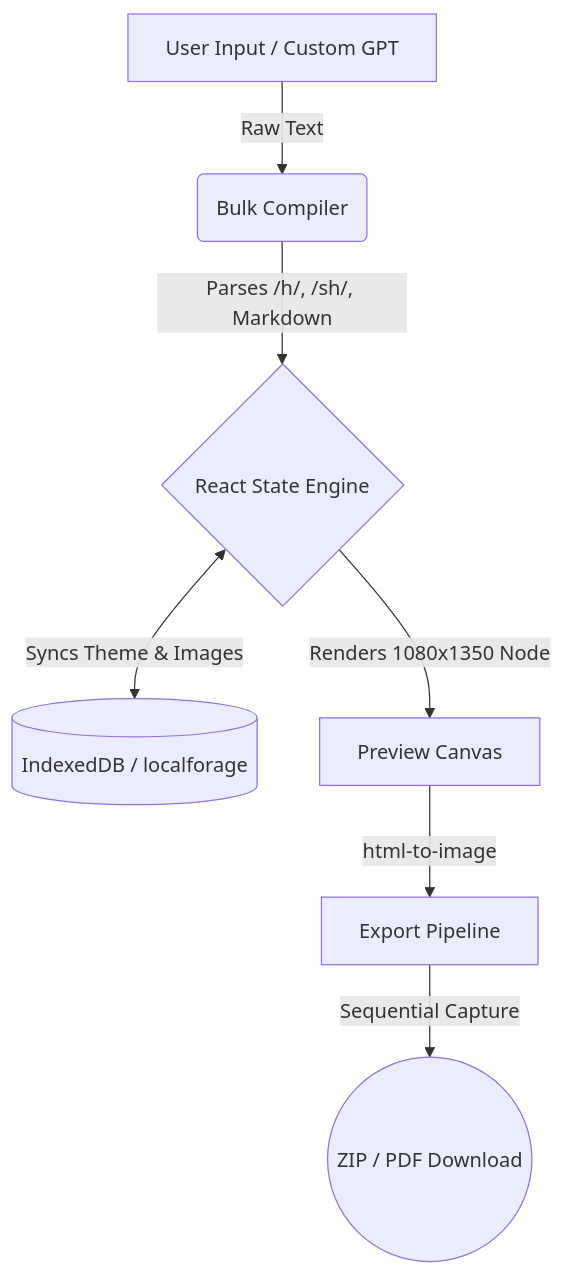
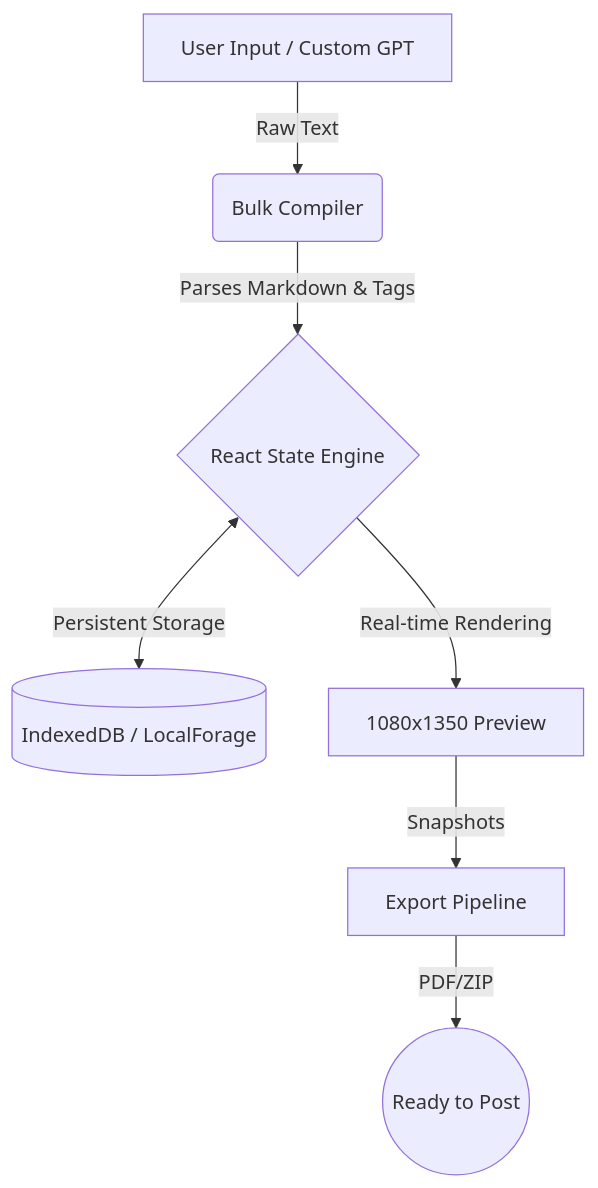
Before and after one commit to Shezan-op/Carousel-Creator: the diagram in README.md, drawn with Mermaid. The commit also changed other lines of this file and 1 other file, not shown here.

````diff
--- a/README.md
+++ b/README.md
@@ -16,9 +42,9 @@
 ```mermaid
 graph TD
     A[User Input / Custom GPT] -->|Raw Text| B(Bulk Compiler)
-    B -->|Parses /h/, /sh/, Markdown| C{React State Engine}
-    C <-->|Syncs Theme & Images| D[(IndexedDB / localforage)]
-    C -->|Renders 1080x1350 Node| E[Preview Canvas]
-    E -->|html-to-image| F[Export Pipeline]
-    F -->|Sequential Capture| G((ZIP / PDF Download))
+    B -->|Parses Markdown & Tags| C{React State Engine}
+    C <-->|Persistent Storage| D[(IndexedDB / LocalForage)]
+    C -->|Real-time Rendering| E[1080x1350 Preview]
+    E -->|Snapshots| F[Export Pipeline]
+    F -->|PDF/ZIP| G((Ready to Post))
 ```
````
